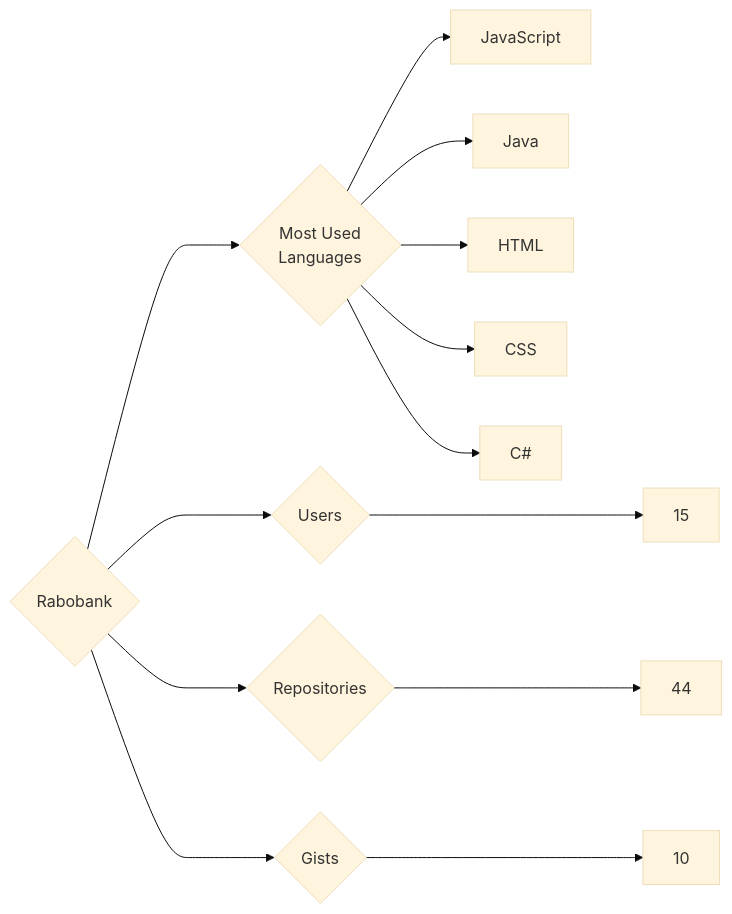
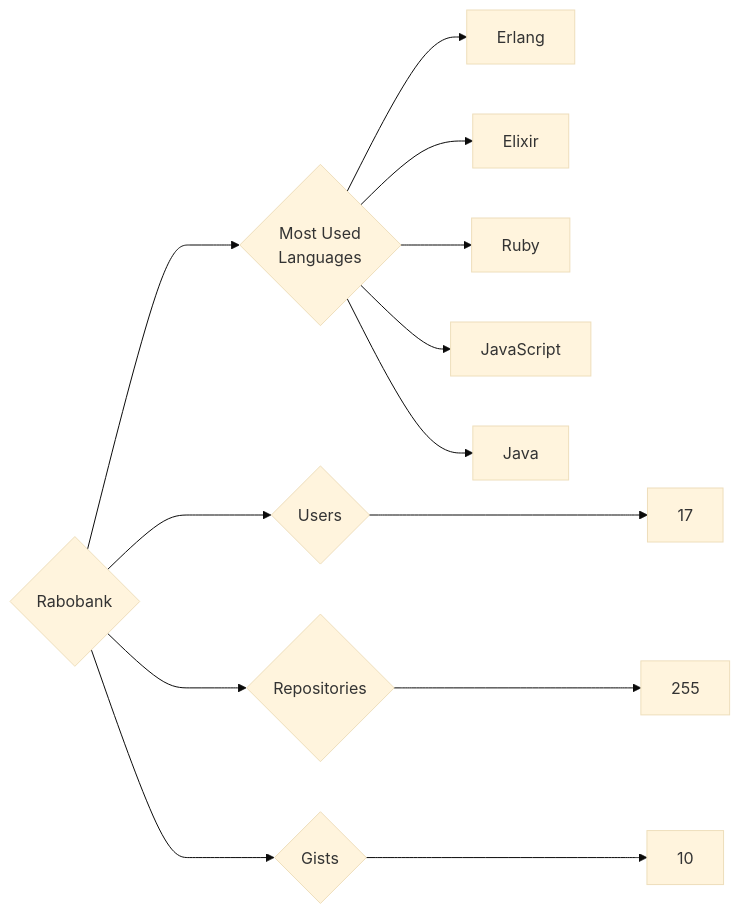
The diagram in targets/Rabobank/README.md (trickest/insiders), drawn with Mermaid (base theme) before and after one commit. The commit also changed 895 other files, not shown here.

````diff
--- a/targets/Rabobank/README.md
+++ b/targets/Rabobank/README.md
@@ -3,13 +3,13 @@
 ```mermaid
 graph LR
 COMPANY_NAME{Rabobank}
-COMPANY_NAME ---> U{Users} ---> UN[15]
-COMPANY_NAME ---> R{Repositories} ---> RN[44]
+COMPANY_NAME ---> U{Users} ---> UN[17]
+COMPANY_NAME ---> R{Repositories} ---> RN[255]
 COMPANY_NAME ---> G{Gists} ---> GN[10]
 COMPANY_NAME ---> ML{Most Used<br>Languages}
+ML --> Erlang[Erlang]
+ML --> Elixir[Elixir]
+ML --> Ruby[Ruby]
 ML --> JavaScript[JavaScript]
 ML --> Java[Java]
-ML --> HTML[HTML]
-ML --> CSS[CSS]
-ML --> C#[C#]
 ```
````
